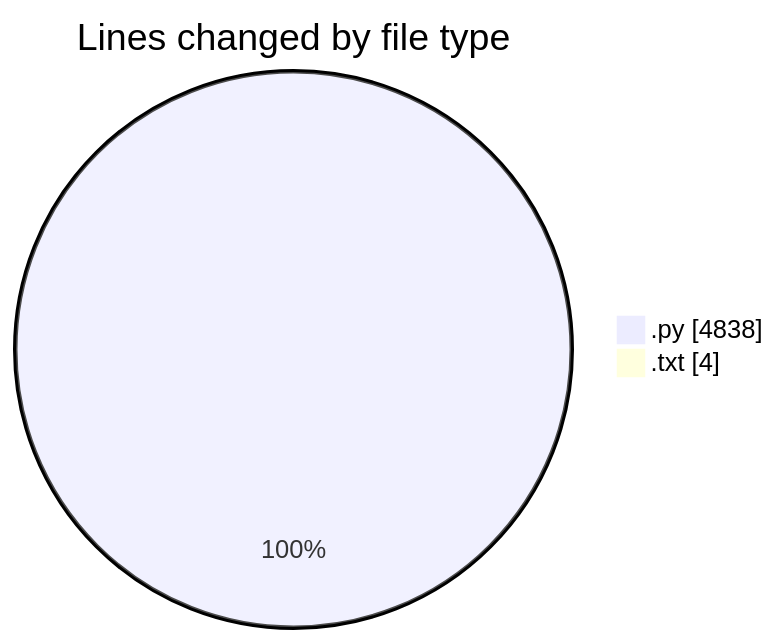
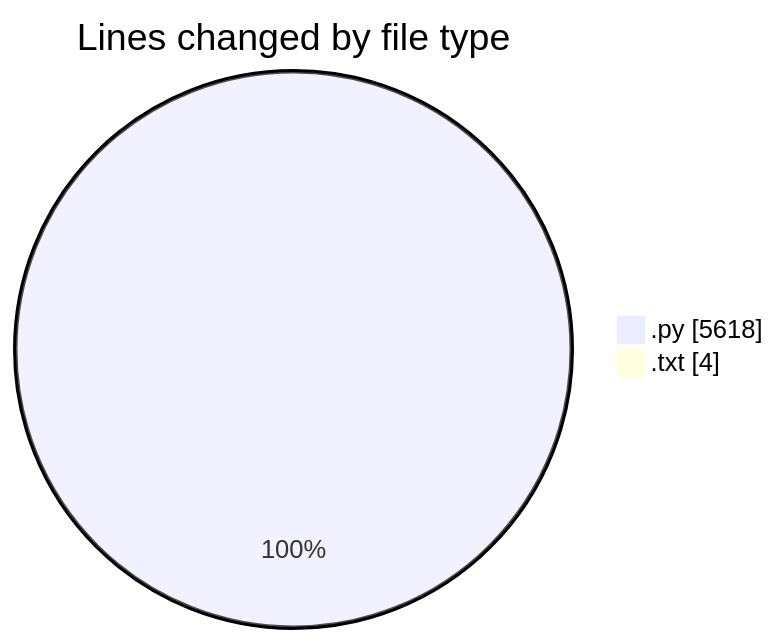
One commit to CELIANVF/code-tracking changed the first of 2 diagrams in 2025-06-01/video_app/README.md. Above: the diagram before and after it, drawn with Mermaid. The commit also changed other lines of this file and 1 other file, not shown here.

````diff
--- a/2025-06-01/video_app/README.md
+++ b/2025-06-01/video_app/README.md
@@ -29,6 +29,6 @@
 ```mermaid
 pie showData
 title Lines changed by file type
-".py" : 4838
+".py" : 5618
 ".txt" : 4
 ```
````
